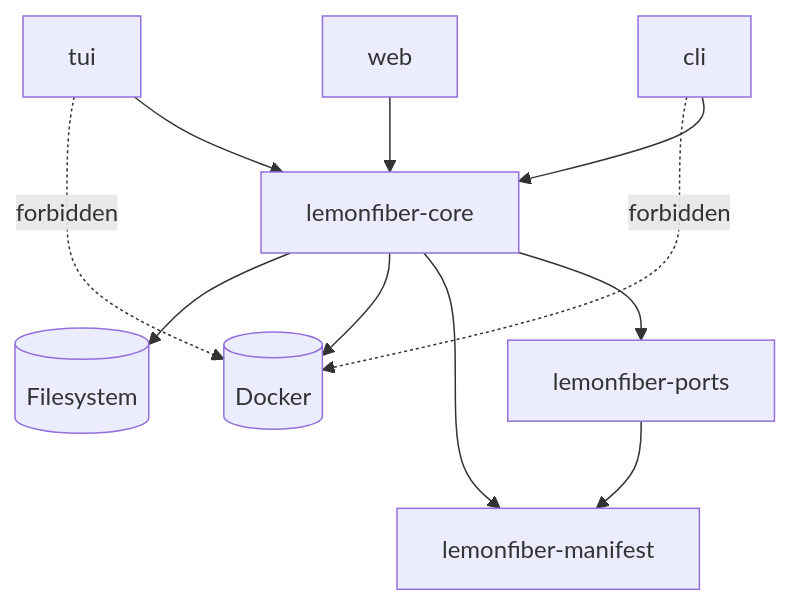
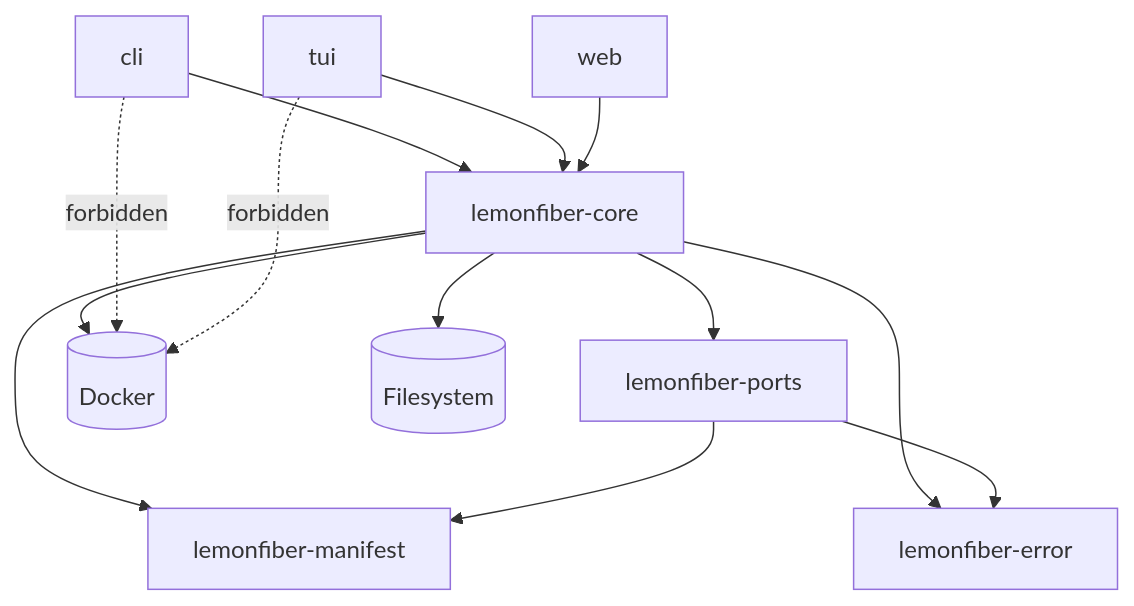
Before and after one commit to lemonfiber/spec: the first of 2 diagrams in 20-architecture/component-model.md, drawn with Mermaid. The commit also changed other lines of this file, not shown here.

First line of the commit message:
docs(architecture): the error model is a crate the ports may depend on (#521)

````diff
--- a/20-architecture/component-model.md
+++ b/20-architecture/component-model.md
@@ -90,14 +103,16 @@
 ```mermaid
 flowchart TD
     cli[cli] --> core[lemonfiber-core]
     tui[tui] --> core
     web[web] --> core
     core --> ports[lemonfiber-ports]
     core --> manifest[lemonfiber-manifest]
+    core --> error[lemonfiber-error]
     ports --> manifest
+    ports --> error
     core --> docker[(Docker)]
     core --> fs[(Filesystem)]
 
     cli -.->|forbidden| docker
     tui -.->|forbidden| docker
 ```
````
